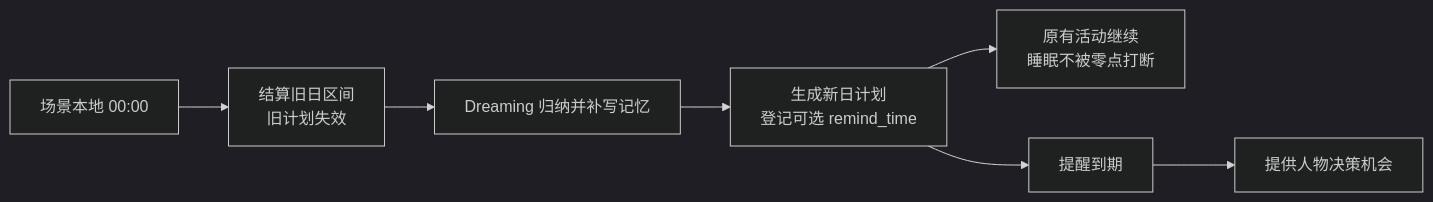
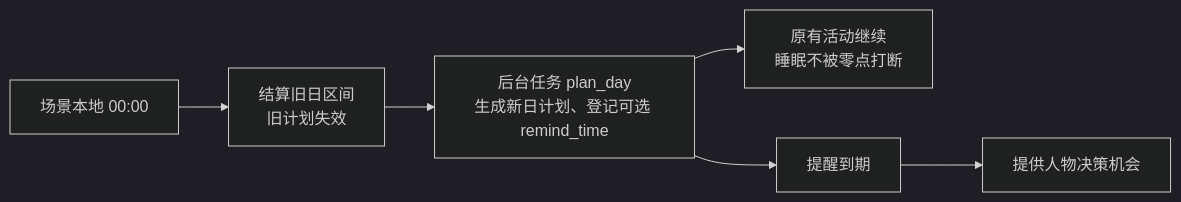
The second of 4 diagrams in docs/dev/SPEC-time-and-energy.md (HoldThatThgt/WorldMock), drawn with Mermaid (dark theme) before and after one commit. The commit also changed other lines of this file and 2 other files, not shown here.

First line of the commit message:
docs: make plan_day an independent midnight background task

````diff
--- a/docs/dev/SPEC-time-and-energy.md
+++ b/docs/dev/SPEC-time-and-energy.md
@@ -375,9 +369,8 @@
 ```mermaid
 flowchart LR
     D["场景本地 00:00"] --> S["结算旧日区间<br/>旧计划失效"]
-    S --> M["Dreaming 归纳并补写记忆"]
-    M --> P["生成新日计划<br/>登记可选 remind_time"]
+    S --> P["后台任务 plan_day<br/>生成新日计划、登记可选 remind_time"]
     P --> C["原有活动继续<br/>睡眠不被零点打断"]
     P --> R["提醒到期"]
     R --> W["提供人物决策机会"]
 ```
````
